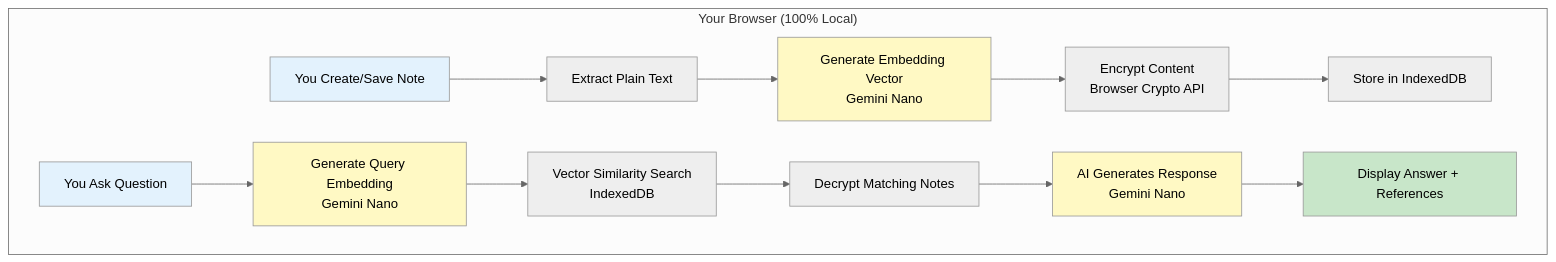
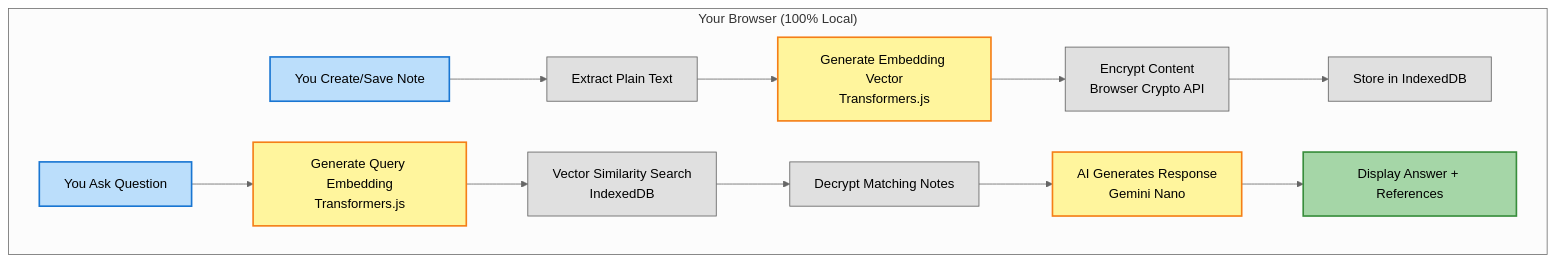
Before and after one commit to sundeep-dayalan/MindKeep: the first of 2 diagrams in USER_GUIDE.md, drawn with Mermaid (neutral theme). The commit also changed other lines of this file, not shown here.

Commit message:
feat: Update embedding generation to use Transformers.js; enhance data flow architecture and styling in user guide

````diff
--- a/USER_GUIDE.md
+++ b/USER_GUIDE.md
@@ -92,22 +92,27 @@
 ```mermaid
 graph TB
     subgraph "Your Browser (100% Local)"
         A[You Create/Save Note] --> B[Extract Plain Text]
-        B --> C[Generate Embedding Vector<br/>Gemini Nano]
+        B --> C[Generate Embedding Vector<br/>Transformers.js]
         C --> D[Encrypt Content<br/>Browser Crypto API]
         D --> E[Store in IndexedDB]
 
-        F[You Ask Question] --> G[Generate Query Embedding<br/>Gemini Nano]
+        F[You Ask Question] --> G[Generate Query Embedding<br/>Transformers.js]
         G --> H[Vector Similarity Search<br/>IndexedDB]
         H --> I[Decrypt Matching Notes]
         I --> J[AI Generates Response<br/>Gemini Nano]
         J --> K[Display Answer + References]
     end
 
-    style A fill:#e3f2fd
-    style F fill:#e3f2fd
-    style K fill:#c8e6c9
-    style C fill:#fff9c4
-    style G fill:#fff9c4
-    style J fill:#fff9c4
+    style A fill:#bbdefb,stroke:#1976d2,stroke-width:2px,color:#000
+    style F fill:#bbdefb,stroke:#1976d2,stroke-width:2px,color:#000
+    style K fill:#a5d6a7,stroke:#388e3c,stroke-width:2px,color:#000
+    style C fill:#fff59d,stroke:#f57f17,stroke-width:2px,color:#000
+    style G fill:#fff59d,stroke:#f57f17,stroke-width:2px,color:#000
+    style J fill:#fff59d,stroke:#f57f17,stroke-width:2px,color:#000
+    style B fill:#e0e0e0,stroke:#616161,stroke-width:1px,color:#000
+    style D fill:#e0e0e0,stroke:#616161,stroke-width:1px,color:#000
+    style E fill:#e0e0e0,stroke:#616161,stroke-width:1px,color:#000
+    style H fill:#e0e0e0,stroke:#616161,stroke-width:1px,color:#000
+    style I fill:#e0e0e0,stroke:#616161,stroke-width:1px,color:#000
 ```
````
